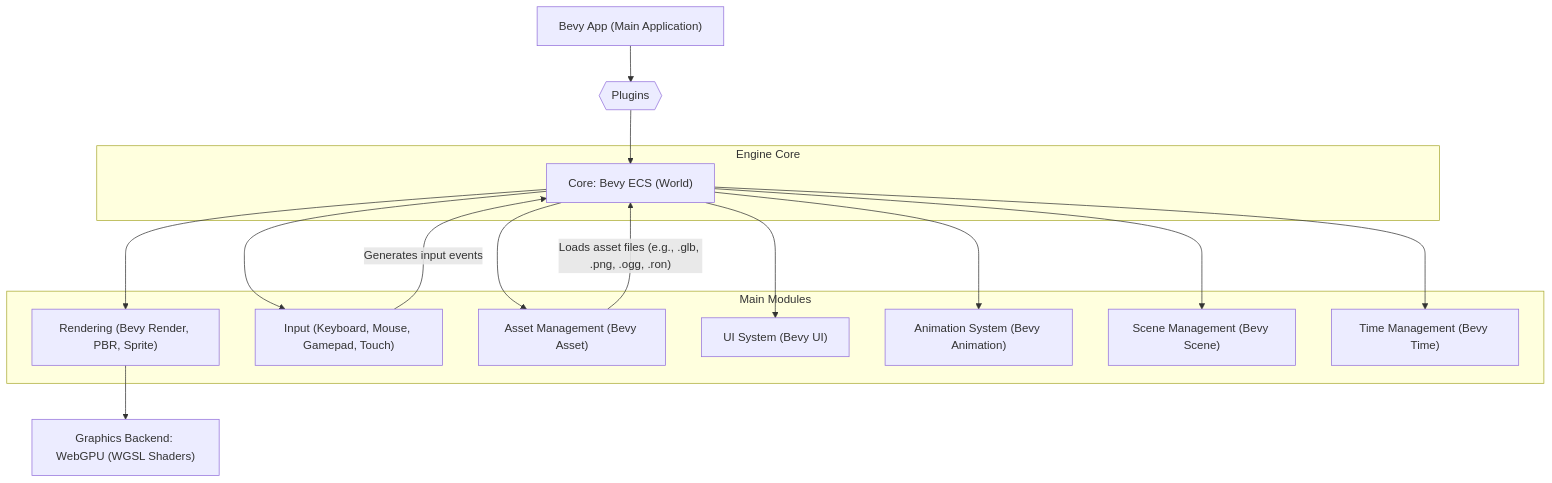
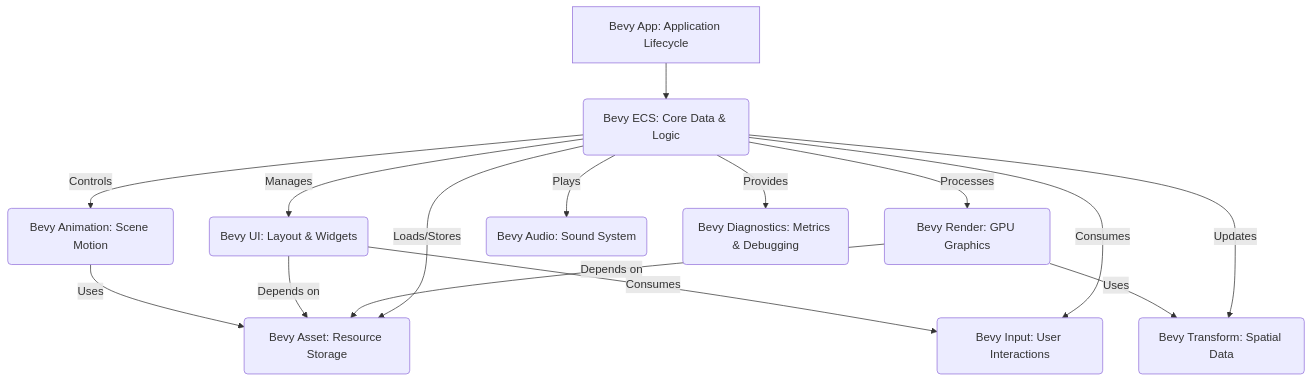
Before and after one commit to grewal16/bevy: the diagram in README.md, drawn with Mermaid. The commit also changed other lines of this file, not shown here.

````diff
--- a/README.md
+++ b/README.md
@@ -39,22 +43,19 @@
 ```mermaid
 graph TD
-    A["Bevy App (Main Application)"] --> B{{"Plugins"}}
-    B --> C["Core: Bevy ECS (World)"]
-    C --> D["Rendering (Bevy Render, PBR, Sprite)"]
-    C --> E["Input (Keyboard, Mouse, Gamepad, Touch)"]
-    C --> F["Asset Management (Bevy Asset)"]
-    C --> G["UI System (Bevy UI)"]
-    C --> H["Animation System (Bevy Animation)"]
-    C --> I["Scene Management (Bevy Scene)"]
-    C --> J["Time Management (Bevy Time)"]
-    K["Graphics Backend: WebGPU (WGSL Shaders)"]
-    D --> K
-    F -- "Loads asset files (e.g., .glb, .png, .ogg, .ron)" --> C
-    E -- "Generates input events" --> C
-    subgraph Engine Core
-        C
-    end
-    subgraph Main Modules
-        D; E; F; G; H; I; J
-    end
+    App[Bevy App: Application Lifecycle] --> ECS(Bevy ECS: Core Data & Logic)
+
+    ECS -- Processes --> Render(Bevy Render: GPU Graphics)
+    ECS -- Manages --> UI(Bevy UI: Layout & Widgets)
+    ECS -- Consumes --> Input(Bevy Input: User Interactions)
+    ECS -- Loads/Stores --> Asset(Bevy Asset: Resource Storage)
+    ECS -- Controls --> Animation(Bevy Animation: Scene Motion)
+    ECS -- Plays --> Audio(Bevy Audio: Sound System)
+    ECS -- Updates --> Transform(Bevy Transform: Spatial Data)
+    ECS -- Provides --> Diagnostics(Bevy Diagnostics: Metrics & Debugging)
+
+    Render -- Depends on --> Asset
+    Render -- Uses --> Transform
+    UI -- Depends on --> Asset
+    UI -- Consumes --> Input
+    Animation -- Uses --> Asset
 ```
````
